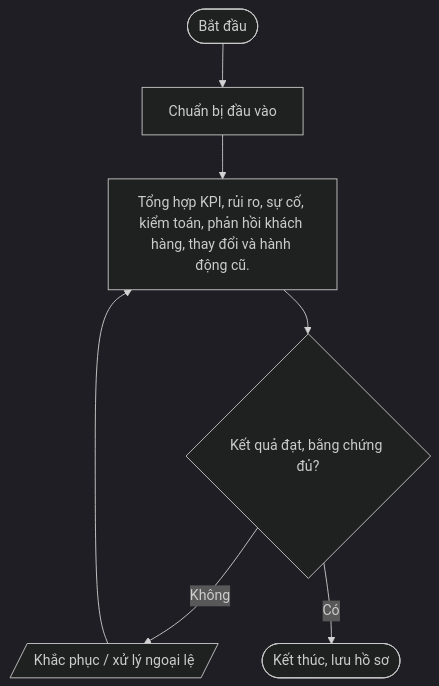
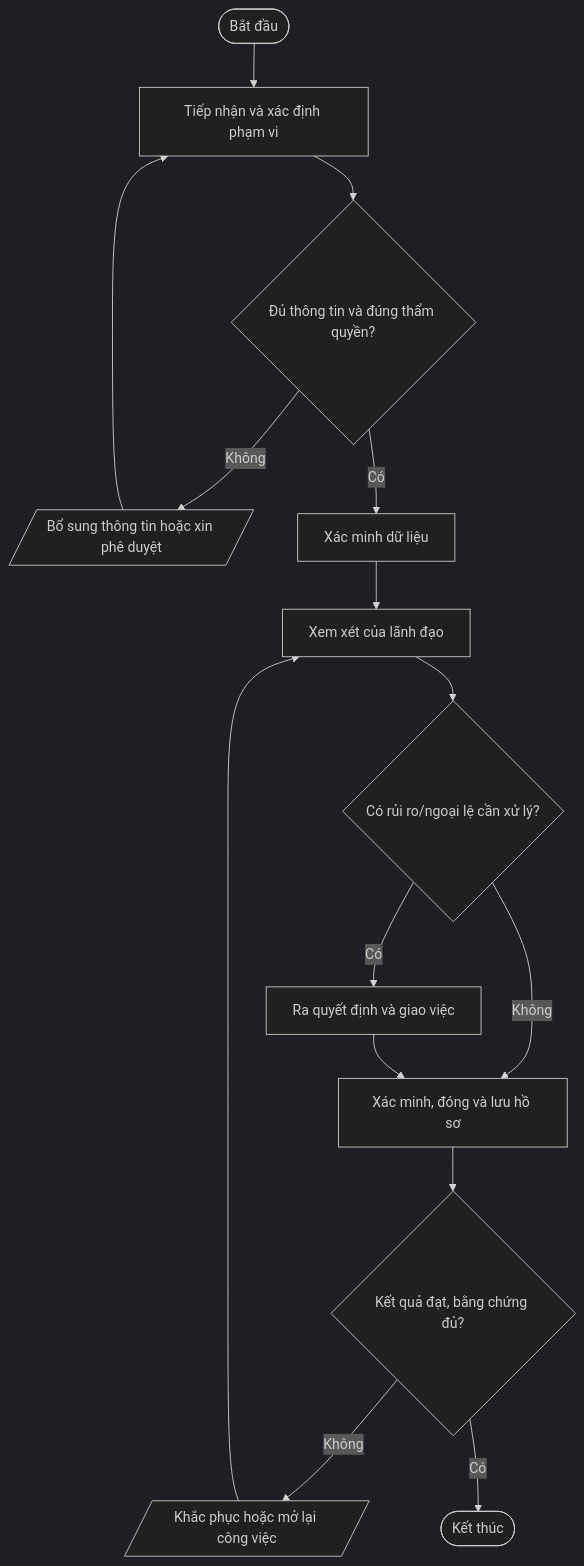
One commit to daoaigiangnam/Quy_Trinh_Chuan changed the seventh of 7 diagrams in quy-trinh/01-Quan-tri-ISMS/README.md. Above: the diagram before and after it, drawn with Mermaid (dark theme). The commit also changed other lines of this file, not shown here.

Commit message:
docs: refine detailed procedure steps and Mermaid flowcharts

````diff
--- a/quy-trinh/01-Quan-tri-ISMS/README.md
+++ b/quy-trinh/01-Quan-tri-ISMS/README.md
@@ -470,11 +581,17 @@
 ```mermaid
 flowchart TD
-  A([Bắt đầu]) --> S1
-  S1["Chuẩn bị đầu vào"]
-  S2["Tổng hợp KPI, rủi ro, sự cố, kiểm toán, phản hồi khách hàng, thay đổi và hành động cũ."]
-  S1 --> S2
-  S2 --> D2{"Kết quả đạt, bằng chứng đủ?"}
-  D2 -- Không --> REWORK[/"Khắc phục / xử lý ngoại lệ"/]
-  REWORK --> S2
-  D2 -- Có --> Z([Kết thúc, lưu hồ sơ])
+  A([Bắt đầu]) --> S1["Tiếp nhận và xác định phạm vi"]
+  S1 --> D1{"Đủ thông tin và đúng thẩm quyền?"}
+  D1 -- Không --> F1[/"Bổ sung thông tin hoặc xin phê duyệt"/]
+  F1 --> S1
+  D1 -- Có --> S2["Xác minh dữ liệu"]
+  S2 --> S3["Xem xét của lãnh đạo"]
+  S3 --> D2{"Có rủi ro/ngoại lệ cần xử lý?"}
+  D2 -- Có --> S4["Ra quyết định và giao việc"]
+  D2 -- Không --> S5["Xác minh, đóng và lưu hồ sơ"]
+  S4 --> S5
+  S5 --> D3{"Kết quả đạt, bằng chứng đủ?"}
+  D3 -- Không --> R[/"Khắc phục hoặc mở lại công việc"/]
+  R --> S3
+  D3 -- Có --> Z([Kết thúc])
 ```
````
